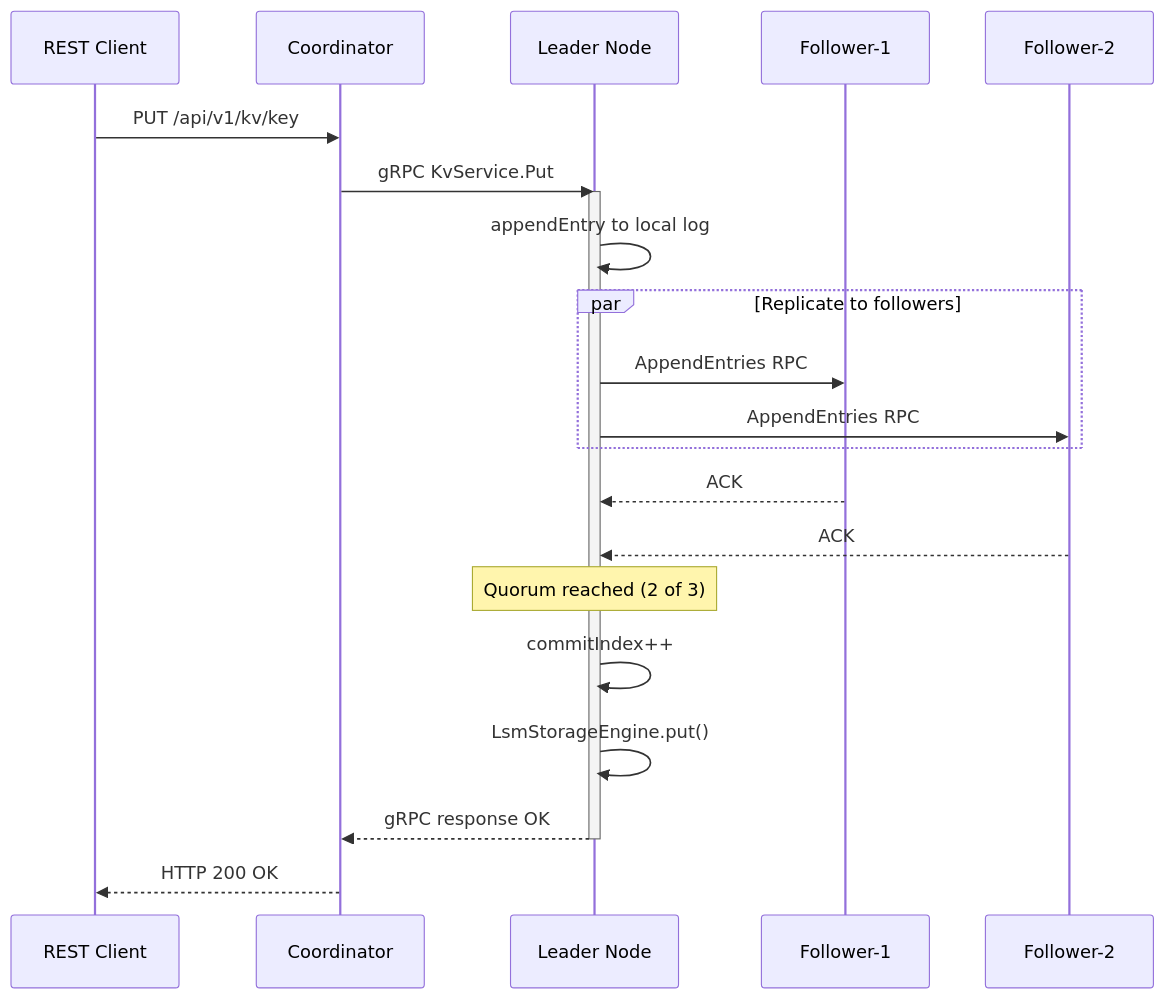
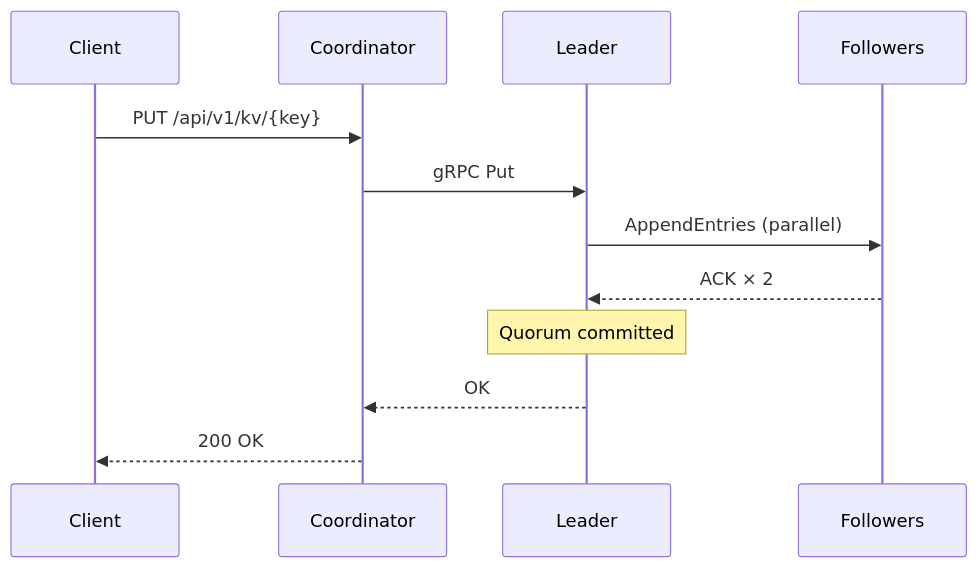
One commit to shubhxtech/Distributed-NoSQL-Key-Value-Database changed the sixth of 6 diagrams in README.md. Above: the diagram before and after it, drawn with Mermaid. The commit also changed other lines of this file, not shown here.

Commit message:
docs: simplify diagrams with clean minimal style

````diff
--- a/README.md
+++ b/README.md
@@ -252,25 +170,15 @@
 ```mermaid
 sequenceDiagram
-    participant C as REST Client
+    participant C  as Client
     participant CO as Coordinator
-    participant L as Leader Node
-    participant F1 as Follower-1
-    participant F2 as Follower-2
+    participant L  as Leader
+    participant F  as Followers
 
-    C->>CO: PUT /api/v1/kv/key
-    CO->>L: gRPC KvService.Put
-    activate L
-    L->>L: appendEntry to local log
-    par Replicate to followers
-        L->>F1: AppendEntries RPC
-        L->>F2: AppendEntries RPC
-    end
-    F1-->>L: ACK
-    F2-->>L: ACK
-    Note over L: Quorum reached (2 of 3)
-    L->>L: commitIndex++
-    L->>L: LsmStorageEngine.put()
-    L-->>CO: gRPC response OK
-    deactivate L
-    CO-->>C: HTTP 200 OK
+    C  ->> CO : PUT /api/v1/kv/{key}
+    CO ->> L  : gRPC Put
+    L  ->> F  : AppendEntries (parallel)
+    F -->> L  : ACK × 2
+    Note over L : Quorum committed
+    L -->> CO : OK
+    CO -->> C : 200 OK
 ```
````
